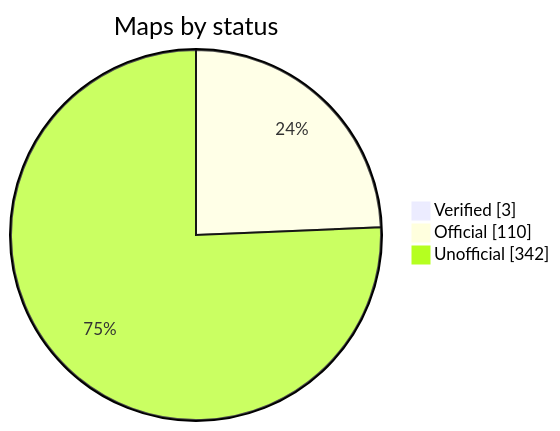
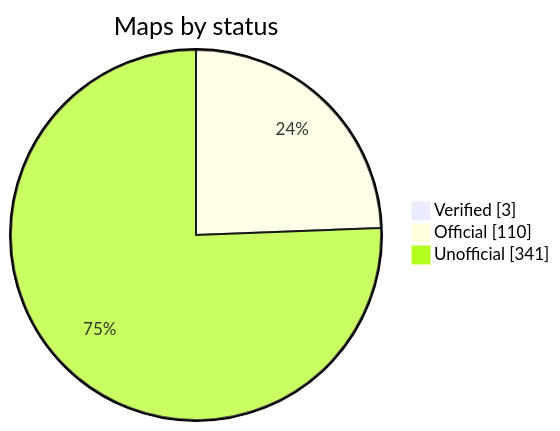
Before and after one commit to nobrega8/mbmap-library: the diagram in README.md, drawn with Mermaid. The commit also changed 1 other file, not shown here.

Commit message:
Rebuild the index

````diff
--- a/README.md
+++ b/README.md
@@ -48,7 +48,7 @@
 ```mermaid
 pie showData
     title Maps by status
     "Verified" : 3
     "Official" : 110
-    "Unofficial" : 342
+    "Unofficial" : 341
 ```
````
